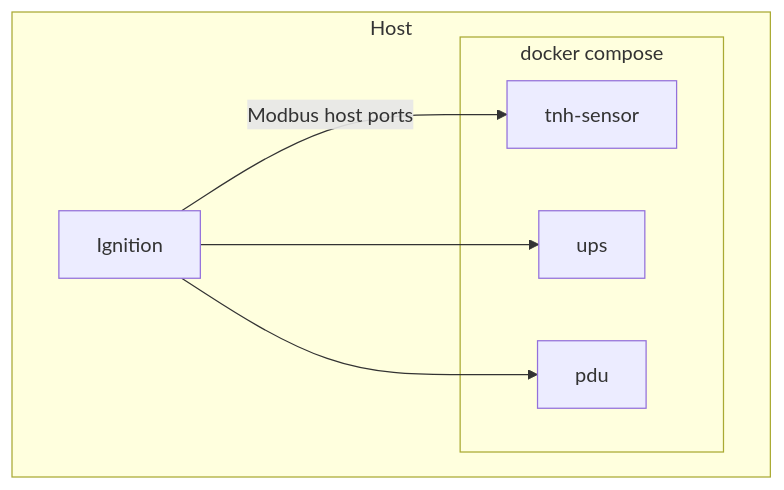
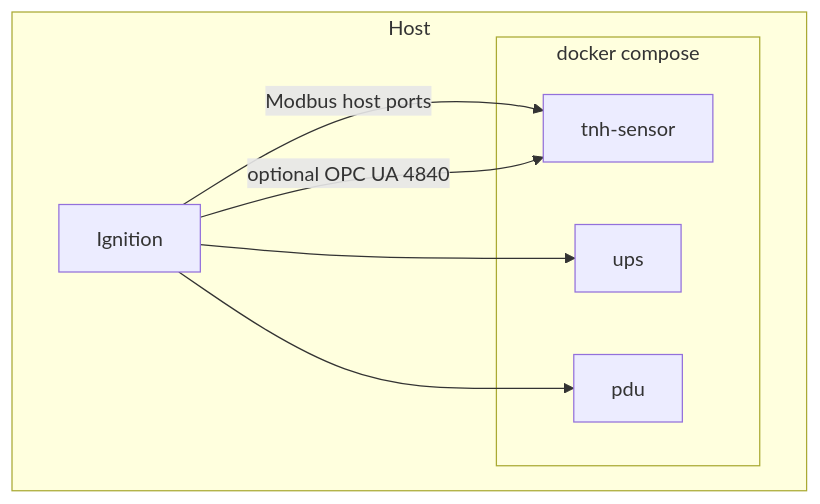
One commit to obsidia-systems/simbus changed the seventh of 7 diagrams in docs/architecture.md. Above: the diagram before and after it, drawn with Mermaid. The commit also changed other lines of this file and 8 other files, not shown here.

````diff
--- a/docs/architecture.md
+++ b/docs/architecture.md
@@ -225,14 +231,15 @@
 ```mermaid
 flowchart TB
     subgraph host [Host]
         ign[Ignition]
         subgraph compose [docker compose]
             tnh[tnh-sensor]
             ups[ups]
             pdu[pdu]
         end
     end
     ign -->|Modbus host ports| tnh
+    ign -->|optional OPC UA 4840| tnh
     ign --> ups
     ign --> pdu
 ```
````
